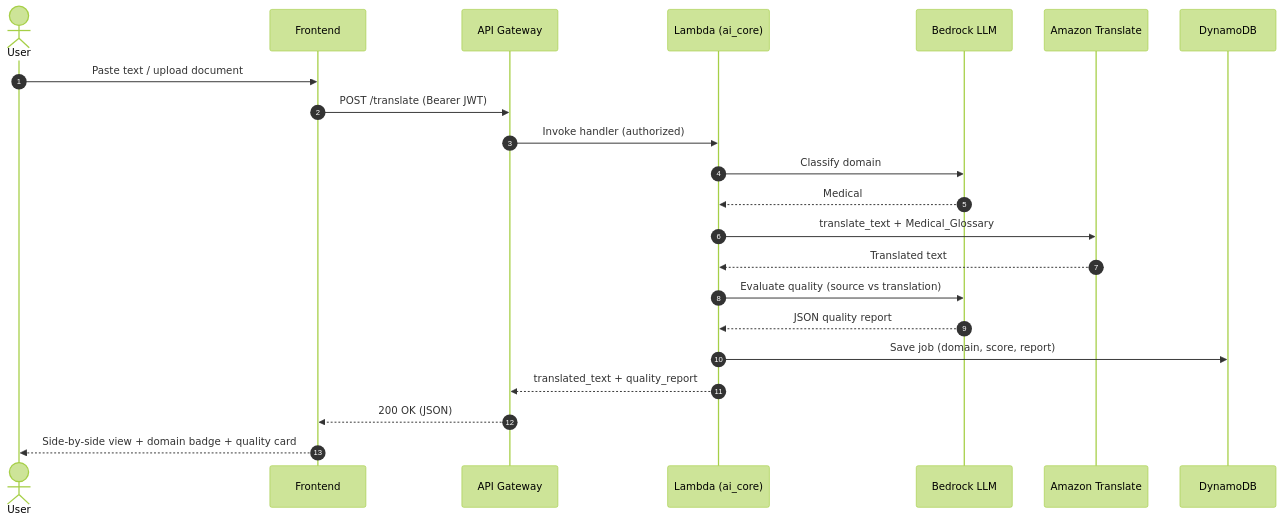
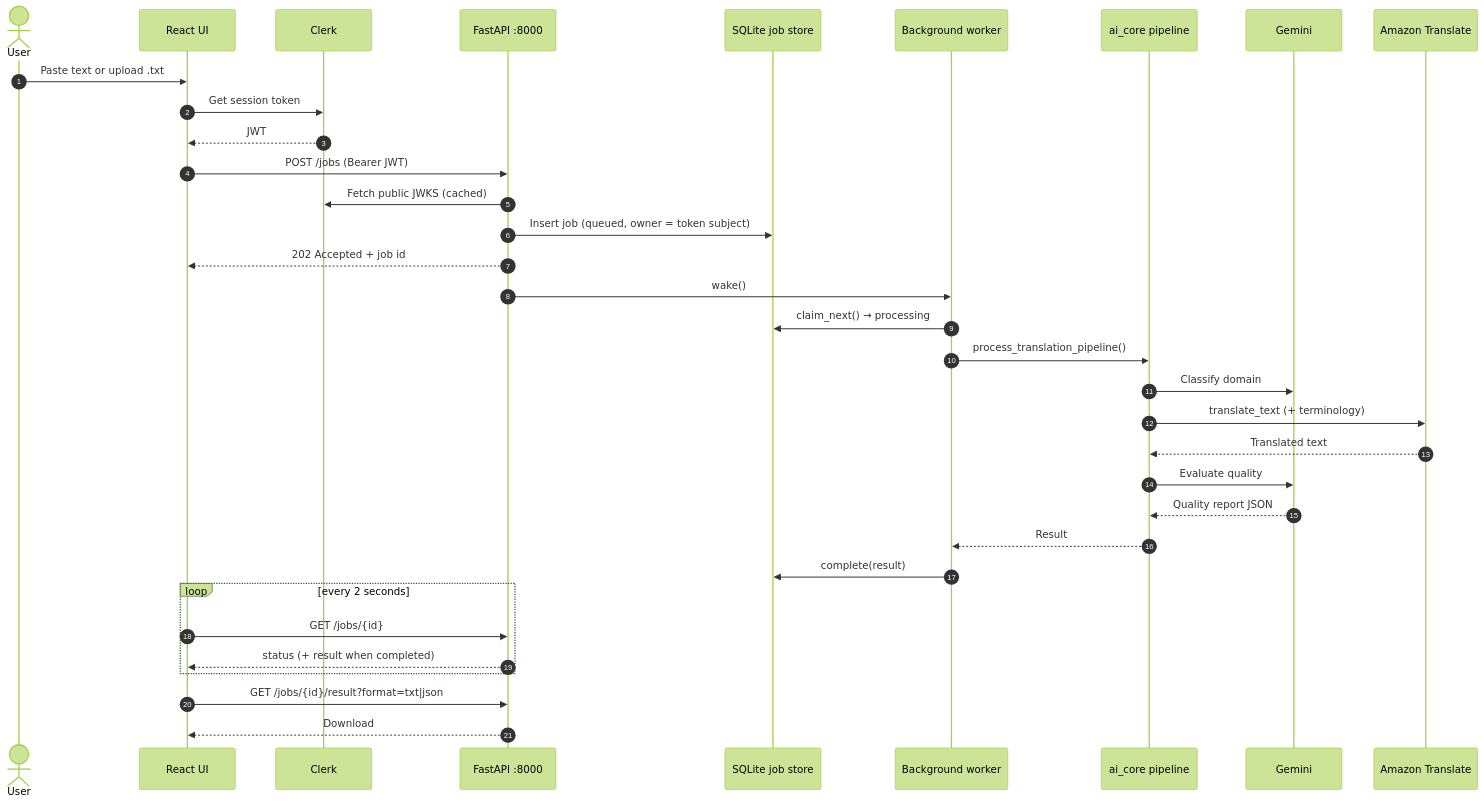
One commit to csquare14/translation-ai-service changed the third of 7 diagrams in README.md. Above: the diagram before and after it, drawn with Mermaid (forest theme). The commit also changed other lines of this file, not shown here.

Commit message:
Format README for GitHub

````diff
--- a/README.md
+++ b/README.md
@@ -101,25 +154,37 @@
 ```mermaid
 sequenceDiagram
     autonumber
     actor User
-    participant FE as Frontend
-    participant API as API Gateway
-    participant L as Lambda (ai_core)
-    participant BR as Bedrock LLM
-    participant TR as Amazon Translate
-    participant DB as DynamoDB
+    participant UI as React UI
+    participant Clerk
+    participant API as FastAPI :8000
+    participant DB as SQLite job store
+    participant W as Background worker
+    participant AI as ai_core pipeline
+    participant G as Gemini
+    participant T as Amazon Translate
 
-    User->>FE: Paste text / upload document
-    FE->>API: POST /translate (Bearer JWT)
-    API->>L: Invoke handler (authorized)
-    L->>BR: Classify domain
-    BR-->>L: Medical
-    L->>TR: translate_text + Medical_Glossary
-    TR-->>L: Translated text
-    L->>BR: Evaluate quality (source vs translation)
-    BR-->>L: JSON quality report
-    L->>DB: Save job (domain, score, report)
-    L-->>API: translated_text + quality_report
-    API-->>FE: 200 OK (JSON)
-    FE-->>User: Side-by-side view + domain badge + quality card
+    User->>UI: Paste text or upload .txt
+    UI->>Clerk: Get session token
+    Clerk-->>UI: JWT
+    UI->>API: POST /jobs (Bearer JWT)
+    API->>Clerk: Fetch public JWKS (cached)
+    API->>DB: Insert job (queued, owner = token subject)
+    API-->>UI: 202 Accepted + job id
+    API->>W: wake()
+    W->>DB: claim_next() → processing
+    W->>AI: process_translation_pipeline()
+    AI->>G: Classify domain
+    AI->>T: translate_text (+ terminology)
+    T-->>AI: Translated text
+    AI->>G: Evaluate quality
+    G-->>AI: Quality report JSON
+    AI-->>W: Result
+    W->>DB: complete(result)
+    loop every 2 seconds
+        UI->>API: GET /jobs/{id}
+        API-->>UI: status (+ result when completed)
+    end
+    UI->>API: GET /jobs/{id}/result?format=txt|json
+    API-->>UI: Download
 ```
````
